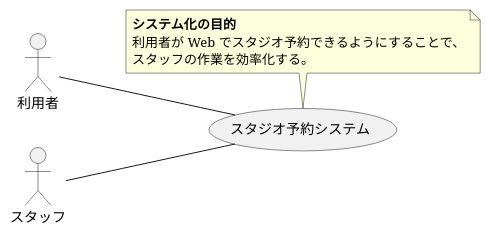
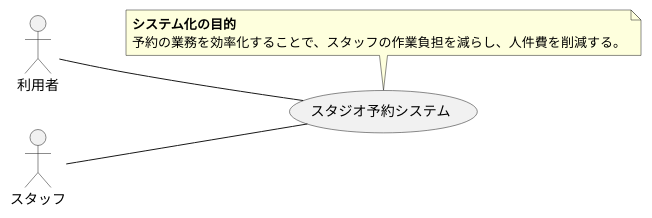
Before and after one commit to TakashiOnawa/ddd-practice-studio-reservation: the diagram in modeling/SystemContext.pu, drawn with PlantUML. The commit also changed 4 other files, not shown here.

```diff
--- a/modeling/SystemContext.pu
+++ b/modeling/SystemContext.pu
@@ -1,19 +1,18 @@
 @startuml SystemContext
 
 left to right direction
 
 actor 利用者
 actor スタッフ
 
 usecase (スタジオ予約システム) as studioReservationSystem
 
 利用者 -- studioReservationSystem
 スタッフ -- studioReservationSystem
 
 note top of studioReservationSystem
 <b>システム化の目的</b>
-利用者が Web でスタジオ予約できるようにすることで、
-スタッフの作業を効率化する。
+予約の業務を効率化することで、スタッフの作業負担を減らし、人件費を削減する。
 end note
 
 @enduml
```
